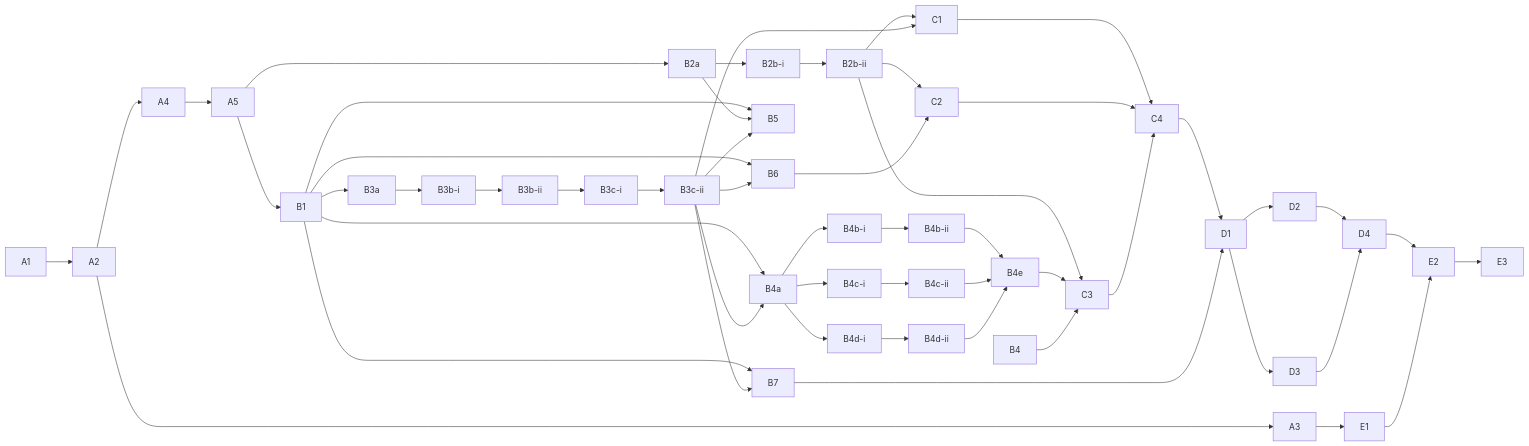
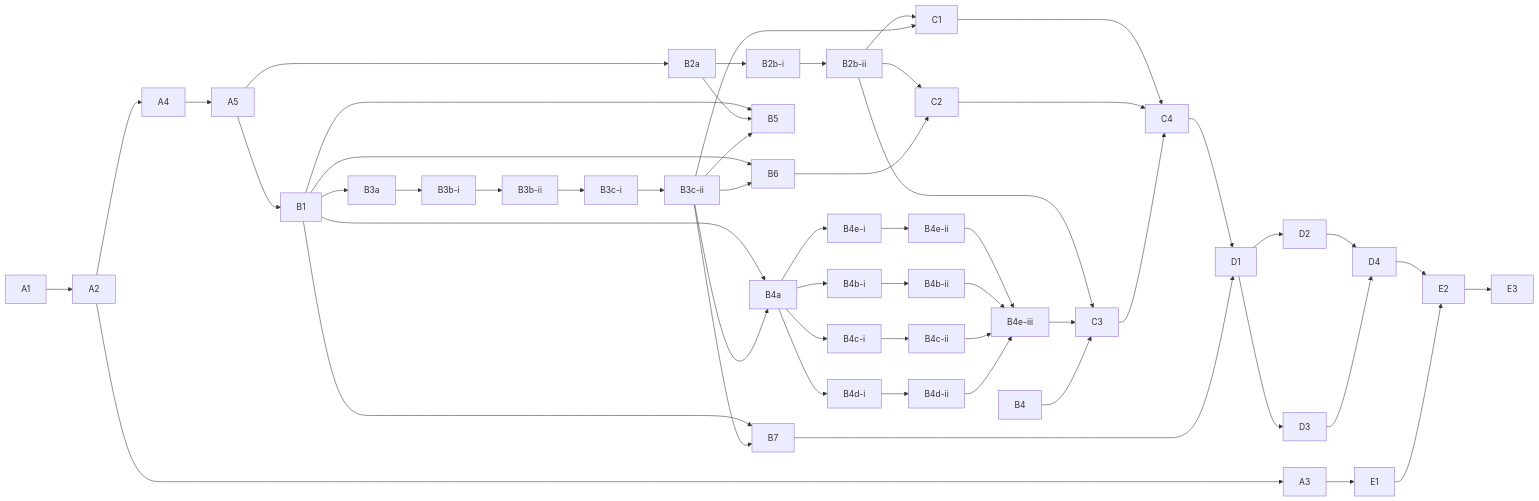
The diagram in tasks/BACKLOG.md (andreavadacchino/cPanel_self-migration), drawn with Mermaid before and after one commit. The commit also changed other lines of this file and 11 other files, not shown here.

````diff
--- a/tasks/BACKLOG.md
+++ b/tasks/BACKLOG.md
@@ -208,43 +247,44 @@
 ```mermaid
 graph LR
   A1-->A2
   A2-->A3
   A2-->A4-->A5
   A5-->B1
   A5-->B2a-->B2b-i-->B2b-ii
   B1-->B3a-->B3b-i-->B3b-ii-->B3c-i-->B3c-ii
   B1-->B4a
   B3c-ii-->B4a
   B4a-->B4b-i-->B4b-ii
   B4a-->B4c-i-->B4c-ii
   B4a-->B4d-i-->B4d-ii
-  B4b-ii-->B4e
-  B4c-ii-->B4e
-  B4d-ii-->B4e
+  B4a-->B4e-i-->B4e-ii-->B4e-iii
+  B4b-ii-->B4e-iii
+  B4c-ii-->B4e-iii
+  B4d-ii-->B4e-iii
   B1-->B5
   B2a-->B5
   B3c-ii-->B5
   B1-->B6
   B3c-ii-->B6
   B1-->B7
   B3c-ii-->B7
   B2b-ii-->C1
   B3c-ii-->C1
   B2b-ii-->C2
   B6-->C2
   B2b-ii-->C3
-  B4e-->C3
+  B4e-iii-->C3
   B4-->C3
   C1-->C4
   C2-->C4
   C3-->C4
   C4-->D1
   B7-->D1
   D1-->D2
   D1-->D3
   D2-->D4
   D3-->D4
   A3-->E1
   D4-->E2
   E1-->E2-->E3
 ```
````
